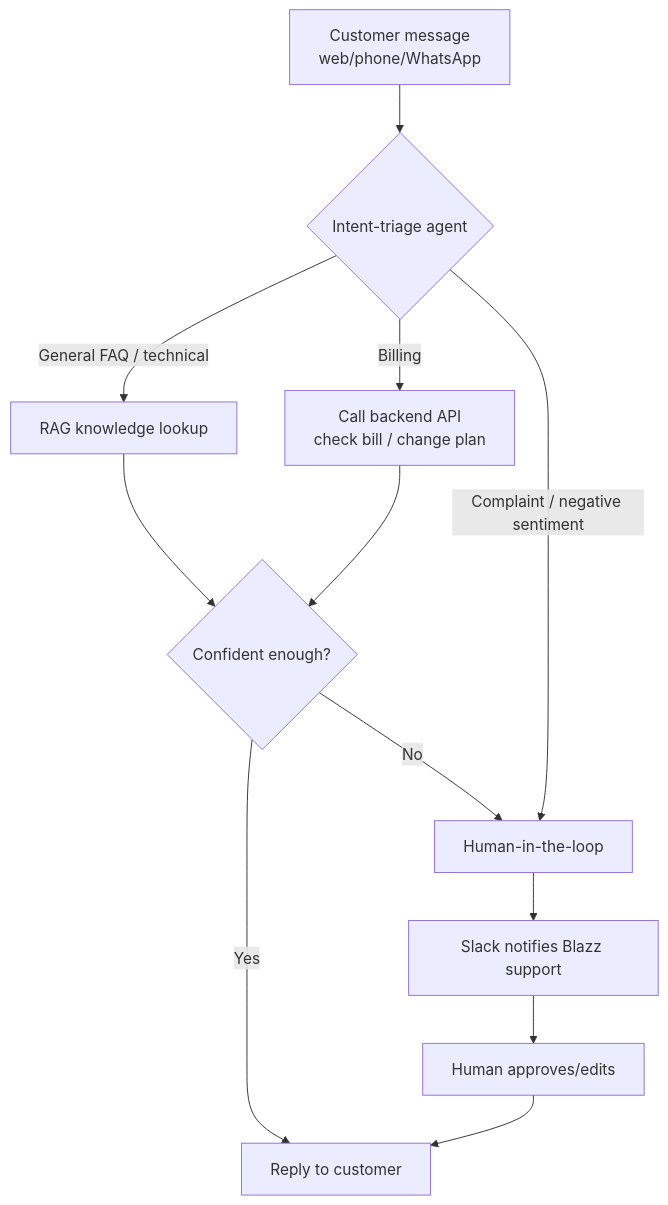
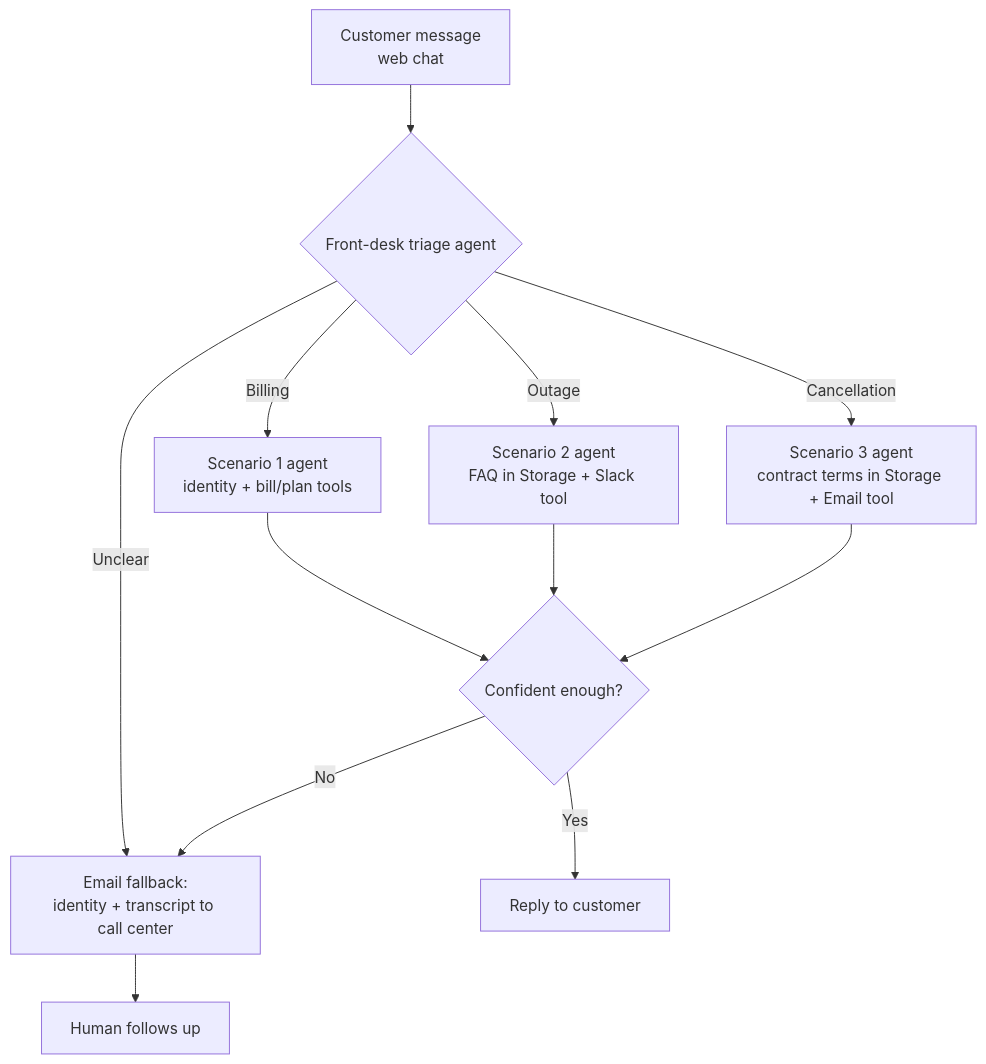
Before and after one commit to Vizino-AI/telecom-cs-agent-workshop: the diagram in architecture.md, drawn with Mermaid. The commit also changed other lines of this file and 9 other files, not shown here.

````diff
--- a/architecture.md
+++ b/architecture.md
@@ -17,14 +17,14 @@
 ```mermaid
 flowchart TD
-    A[Customer message<br/>web/phone/WhatsApp] --> B{Intent-triage agent}
-    B -->|General FAQ / technical| C[RAG knowledge lookup]
-    B -->|Billing| D[Call backend API<br/>check bill / change plan]
-    B -->|Complaint / negative sentiment| E[Human-in-the-loop]
+    A[Customer message<br/>web chat] --> B{Front-desk triage agent}
+    B -->|Billing| C[Scenario 1 agent<br/>identity + bill/plan tools]
+    B -->|Outage| D[Scenario 2 agent<br/>FAQ in Storage + Slack tool]
+    B -->|Cancellation| E[Scenario 3 agent<br/>contract terms in Storage + Email tool]
+    B -->|Unclear| H
     C --> F{Confident enough?}
     D --> F
+    E --> F
     F -->|Yes| G[Reply to customer]
-    F -->|No| E
-    E --> H[Slack notifies Blazz support]
-    H --> I[Human approves/edits]
-    I --> G
+    F -->|No| H[Email fallback:<br/>identity + transcript to call center]
+    H --> I[Human follows up]
 ```
````
